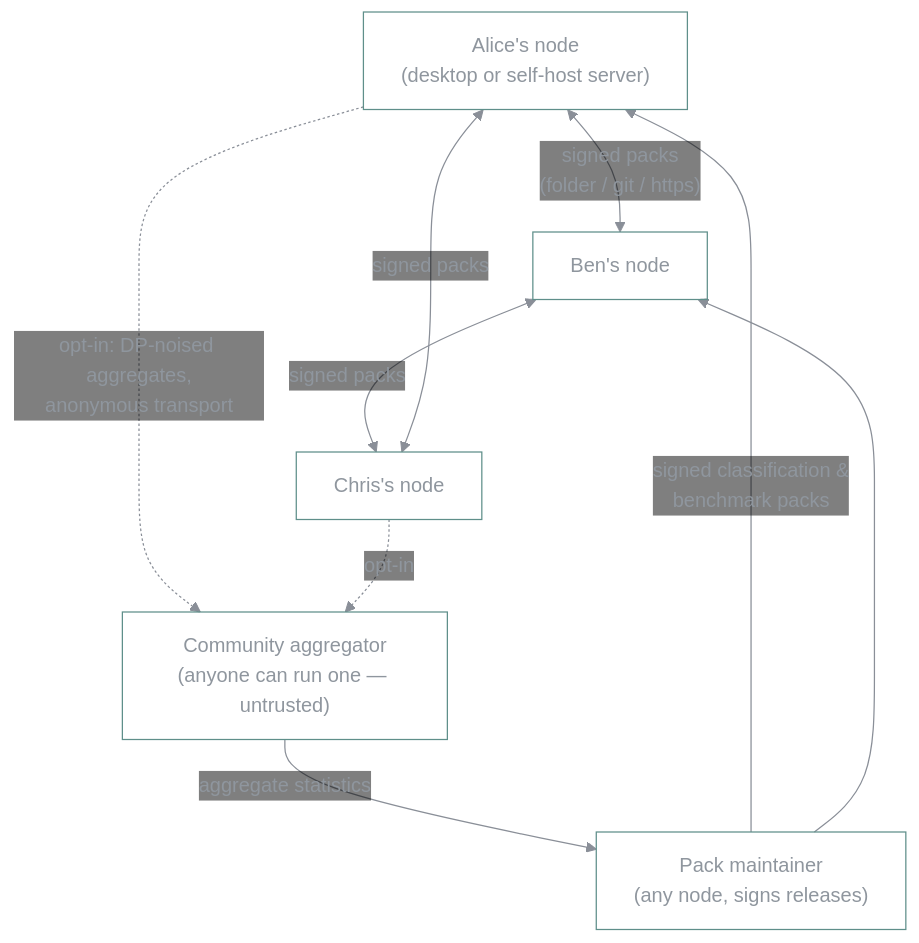
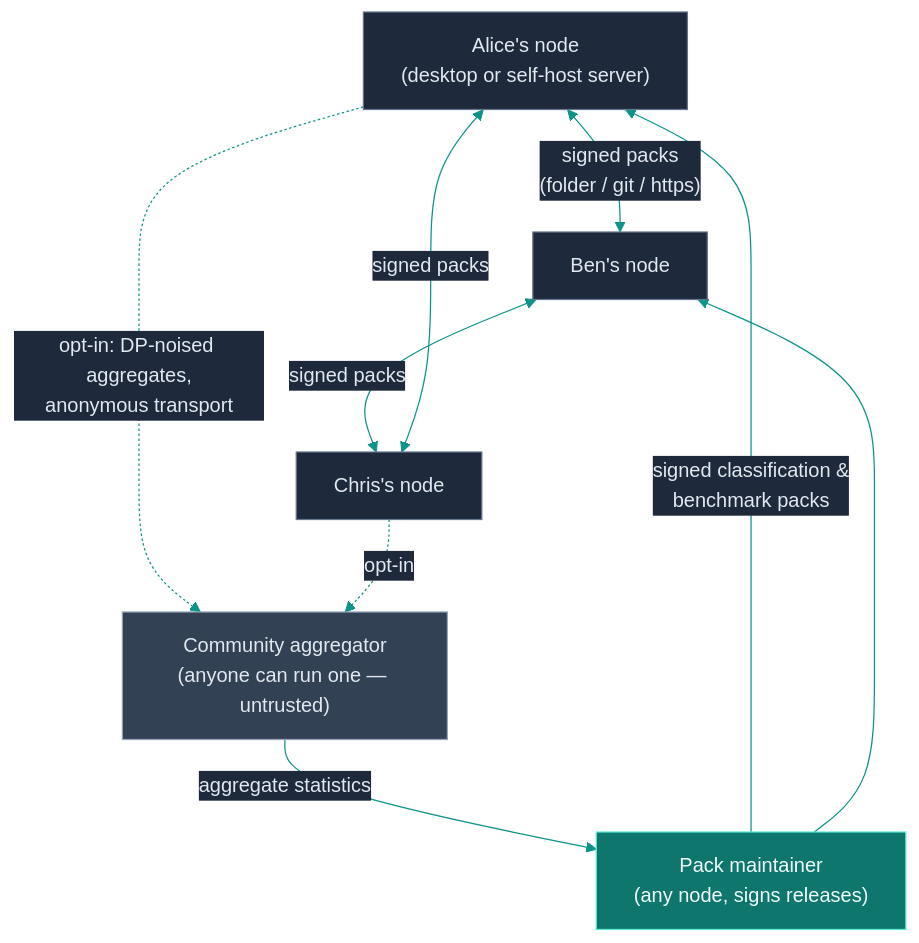
The second of 2 diagrams in README.md (vul-os/slipscan), drawn with Mermaid before and after one commit. The commit also changed other lines of this file, not shown here.

````diff
--- a/README.md
+++ b/README.md
@@ -215,17 +222,24 @@
 ```mermaid
-%%{init: {'theme':'base','themeVariables':{'fontFamily':'ui-monospace, SFMono-Regular, Menlo, monospace','primaryColor':'transparent','primaryBorderColor':'#14b8a6','primaryTextColor':'#8f969e','lineColor':'#8a8f98','nodeBorder':'#5f8f8a','edgeLabelBackground':'transparent','clusterBorder':'#3f8f86','clusterBkg':'transparent'}}}%%
+%%{init: {'theme':'base','themeVariables':{'fontFamily':'ui-monospace, SFMono-Regular, Menlo, monospace','primaryColor':'#334155','primaryBorderColor':'#94a3b8','primaryTextColor':'#e2e8f0','lineColor':'#0d9488','edgeLabelBackground':'#1e293b','clusterBorder':'#3f8f86','clusterBkg':'transparent'}}}%%
 flowchart TB
+    classDef entry fill:#1e293b,stroke:#64748b,color:#e2e8f0
+    classDef subject fill:#0f766e,stroke:#5eead4,color:#f0fdfa
+    classDef downstream fill:#334155,stroke:#94a3b8,color:#e2e8f0
     a["Alice's node<br/>(desktop or self-host server)"]
     b["Ben's node"]
     c["Chris's node"]
     m["Pack maintainer<br/>(any node, signs releases)"]
     agg["Community aggregator<br/>(anyone can run one — untrusted)"]
     a <-->|"signed packs<br/>(folder / git / https)"| b
     b <-->|"signed packs"| c
     a <-->|"signed packs"| c
     m -->|"signed classification &amp;<br/>benchmark packs"| a
     m --> b
     a -.->|"opt-in: DP-noised aggregates,<br/>anonymous transport"| agg
     c -.->|"opt-in"| agg
     agg -->|"aggregate statistics"| m
+
+    class a,b,c entry
+    class m subject
+    class agg downstream
 ```
````
